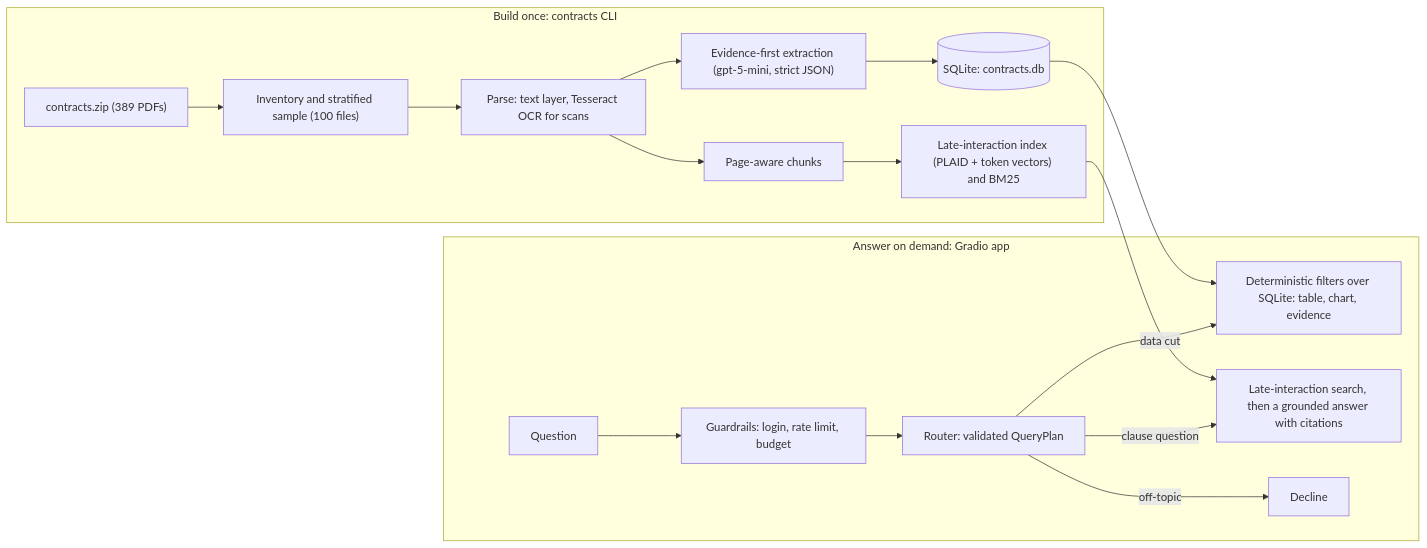
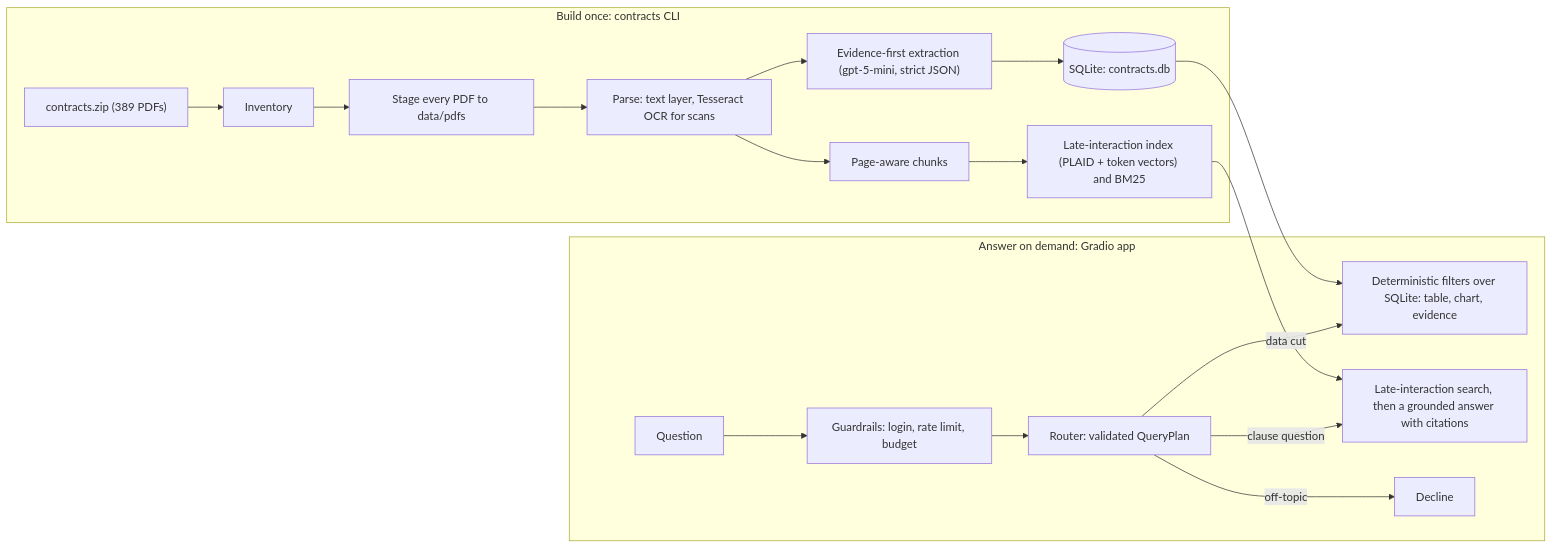
The diagram in README.md (jasonrubenstein18/berkshire_contracts), drawn with Mermaid before and after one commit. The commit also changed other lines of this file and 27 other files, not shown here.

````diff
--- a/README.md
+++ b/README.md
@@ -87,20 +88,21 @@
 ```mermaid
 flowchart LR
   subgraph build["Build once: contracts CLI"]
-    zip["contracts.zip (389 PDFs)"] --> sample["Inventory and stratified sample (100 files)"]
-    sample --> parse["Parse: text layer, Tesseract OCR for scans"]
+    zip["contracts.zip (389 PDFs)"] --> inventory["Inventory"]
+    inventory --> stage["Stage every PDF to data/pdfs"]
+    stage --> parse["Parse: text layer, Tesseract OCR for scans"]
     parse --> extract["Evidence-first extraction (gpt-5-mini, strict JSON)"]
     parse --> chunks["Page-aware chunks"]
     extract --> db[("SQLite: contracts.db")]
     chunks --> index["Late-interaction index (PLAID + token vectors) and BM25"]
   end
   subgraph app["Answer on demand: Gradio app"]
     q["Question"] --> guard["Guardrails: login, rate limit, budget"]
     guard --> router["Router: validated QueryPlan"]
     router -->|data cut| structured["Deterministic filters over SQLite: table, chart, evidence"]
     router -->|clause question| clause["Late-interaction search, then a grounded answer with citations"]
     router -->|off-topic| decline["Decline"]
   end
   db --> structured
   index --> clause
 ```
````
